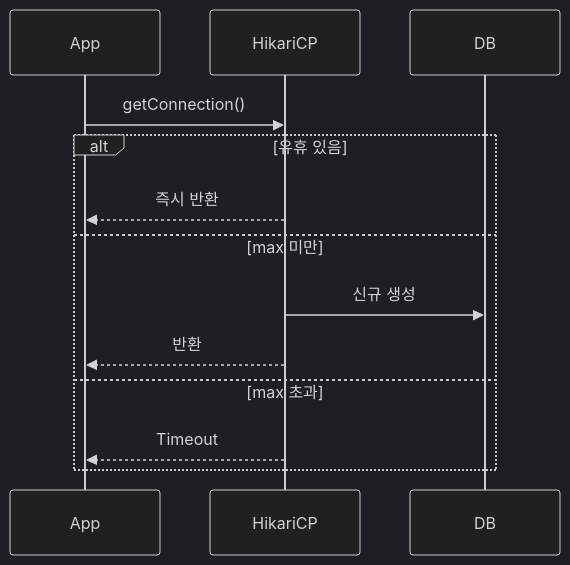
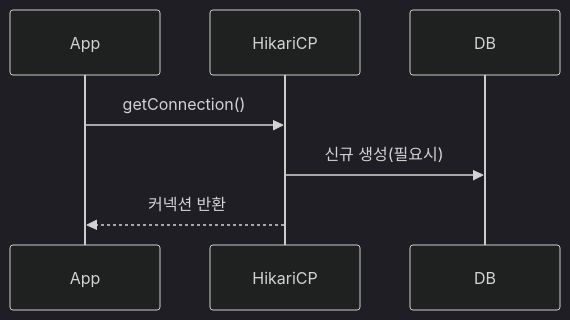
Before and after one commit to yjkim2015/yjkim2015.github.io: the third of 11 diagrams in _posts/spring/2026-05-02-spring-db-1.md, drawn with Mermaid (dark theme). The commit also changed other lines of this file and 155 other files, not shown here.

First line of the commit message:
Mermaid 전면 수정: subgraph 제거, participant/노드/줄수 축소 (342블록)

````diff
--- a/_posts/spring/2026-05-02-spring-db-1.md
+++ b/_posts/spring/2026-05-02-spring-db-1.md
@@ -146,15 +146,9 @@
 ```mermaid
 sequenceDiagram
     participant App
     participant Pool as HikariCP
     participant DB
     App->>Pool: getConnection()
-    alt 유휴 있음
-        Pool-->>App: 즉시 반환
-    else max 미만
-        Pool->>DB: 신규 생성
-        Pool-->>App: 반환
-    else max 초과
-        Pool-->>App: Timeout
-    end
+    Pool->>DB: 신규 생성(필요시)
+    Pool-->>App: 커넥션 반환
 ```
````
